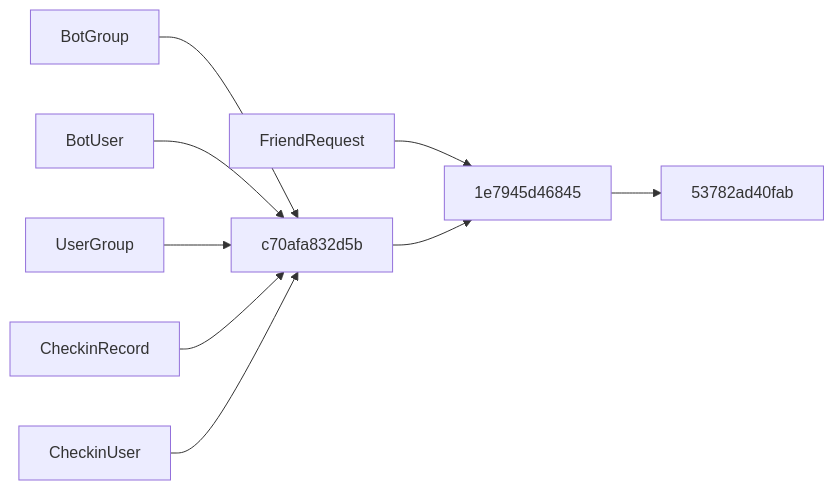
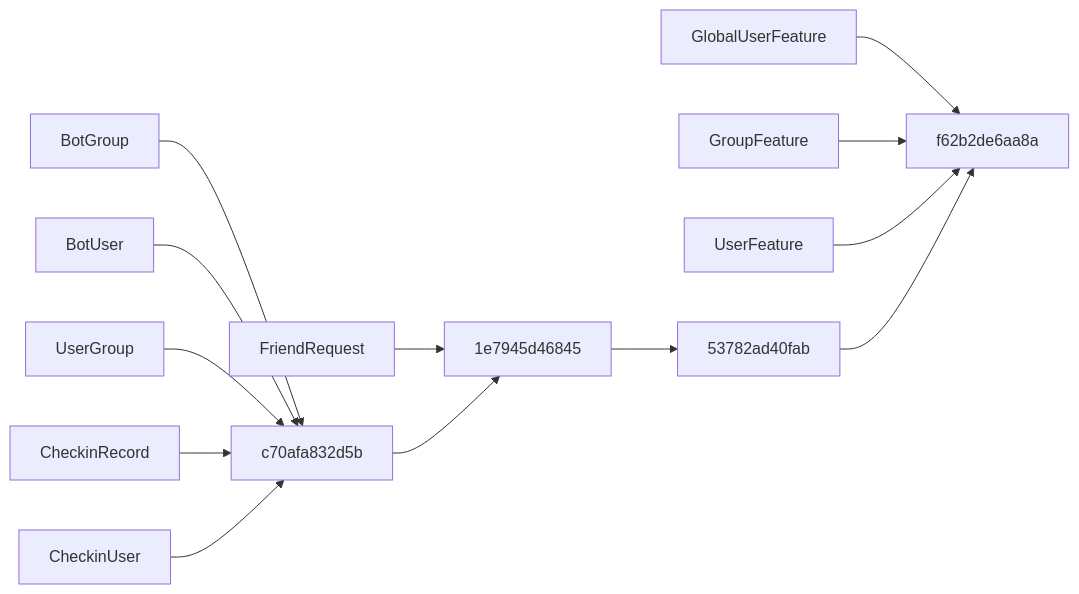
One commit to Wohaokunr/yawn_bot changed the sixth of 6 diagrams in .qoder/repowiki/zh/content/数据库迁移.md. Above: the diagram before and after it, drawn with Mermaid. The commit also changed other lines of this file and 14 other files, not shown here.

````diff
--- a/.qoder/repowiki/zh/content/数据库迁移.md
+++ b/.qoder/repowiki/zh/content/数据库迁移.md
@@ -325,11 +490,15 @@
 ```mermaid
 graph LR
 Model_BG["BotGroup"] --> Migration_C["c70afa832d5b"]
 Model_BU["BotUser"] --> Migration_C
 Model_UG["UserGroup"] --> Migration_C
 Model_CR["CheckinRecord"] --> Migration_C
 Model_CU["CheckinUser"] --> Migration_C
 Model_FR["FriendRequest"] --> Migration_D["1e7945d46845"]
+Model_GUF["GlobalUserFeature"] --> Migration_F["f62b2de6aa8a"]
+Model_GF["GroupFeature"] --> Migration_F
+Model_UF["UserFeature"] --> Migration_F
 Migration_C --> Migration_D
 Migration_D --> Migration_E["53782ad40fab"]
+Migration_E --> Migration_F
 ```
````
